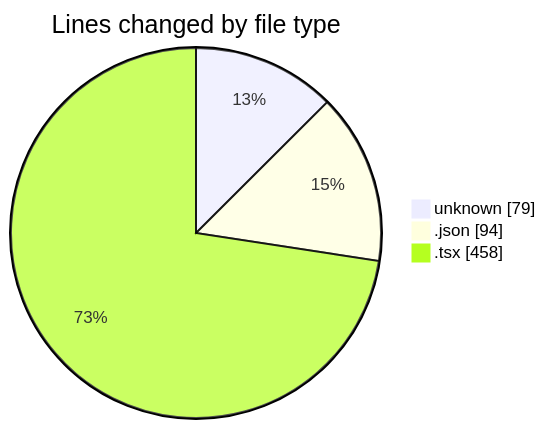
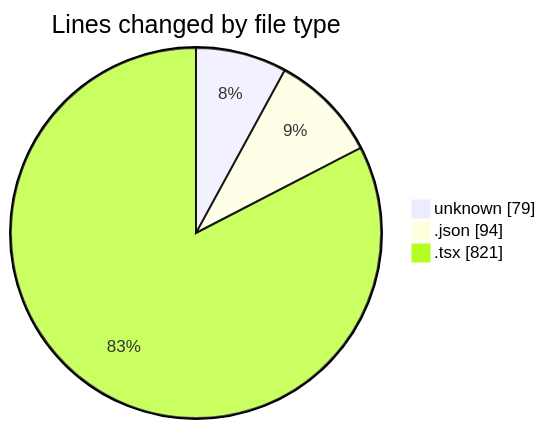
The first of 2 diagrams in 2025-07-24/cohera/README.md (JenPaints/code-tracking), drawn with Mermaid before and after one commit. The commit also changed other lines of this file and 1 other file, not shown here.

````diff
--- a/2025-07-24/cohera/README.md
+++ b/2025-07-24/cohera/README.md
@@ -27,7 +28,7 @@
 ```mermaid
 pie showData
 title Lines changed by file type
 "unknown" : 79
 ".json" : 94
-".tsx" : 458
+".tsx" : 821
 ```
````
